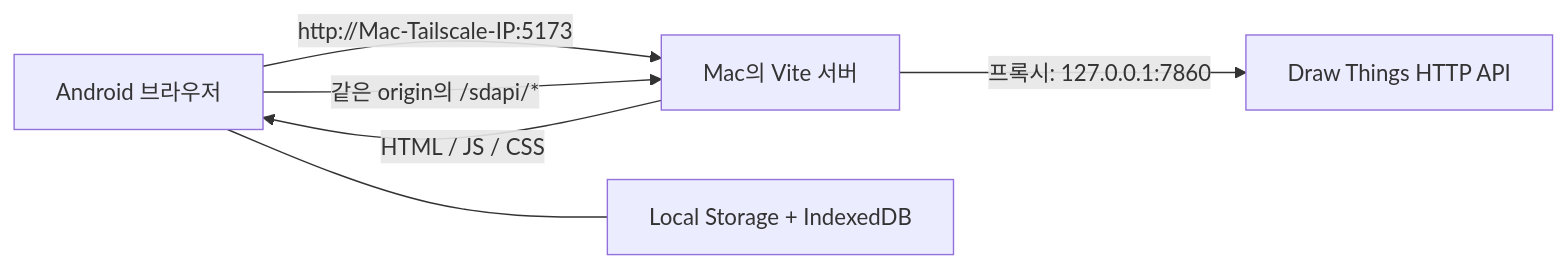
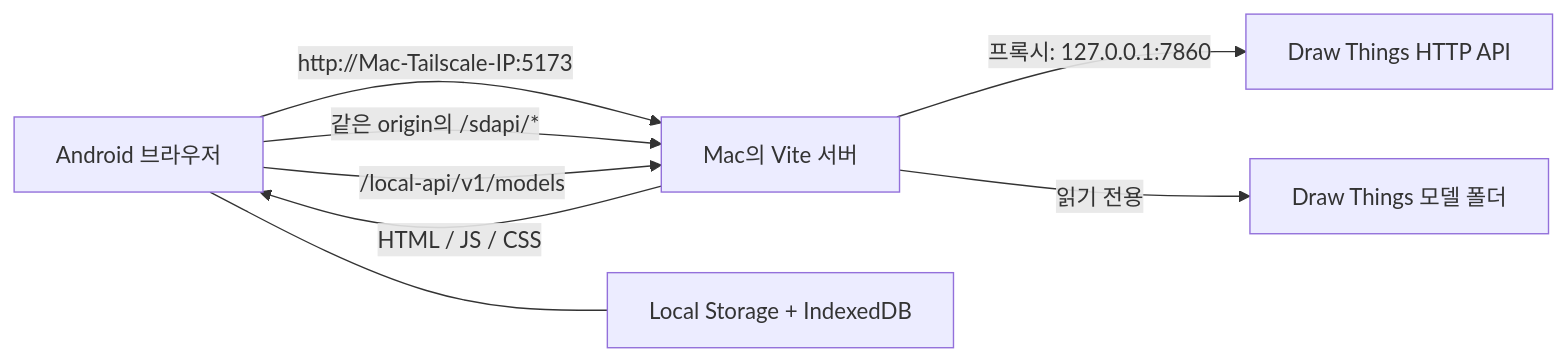
One commit to hyuck0221/draw-things-web changed the diagram in README.md. Above: the diagram before and after it, drawn with Mermaid. The commit also changed other lines of this file and 19 other files, not shown here.

````diff
--- a/README.md
+++ b/README.md
@@ -9,8 +9,10 @@
 ```mermaid
 flowchart LR
     A["Android 브라우저"] -->|"http://Mac-Tailscale-IP:5173"| V["Mac의 Vite 서버"]
     V -->|"HTML / JS / CSS"| A
     A -->|"같은 origin의 /sdapi/*"| V
     V -->|"프록시: 127.0.0.1:7860"| D["Draw Things HTTP API"]
+    A -->|"/local-api/v1/models"| V
+    V -->|"읽기 전용"| M["Draw Things 모델 폴더"]
     A --- L["Local Storage + IndexedDB"]
 ```
````
